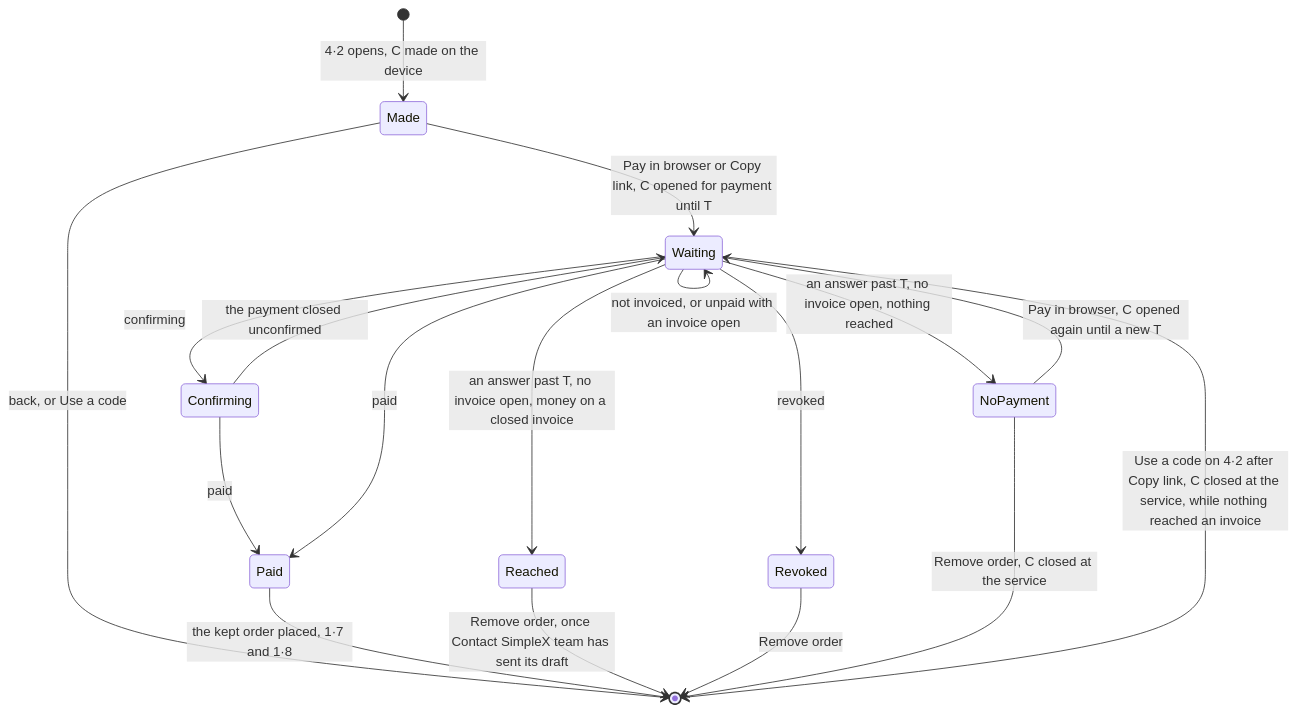
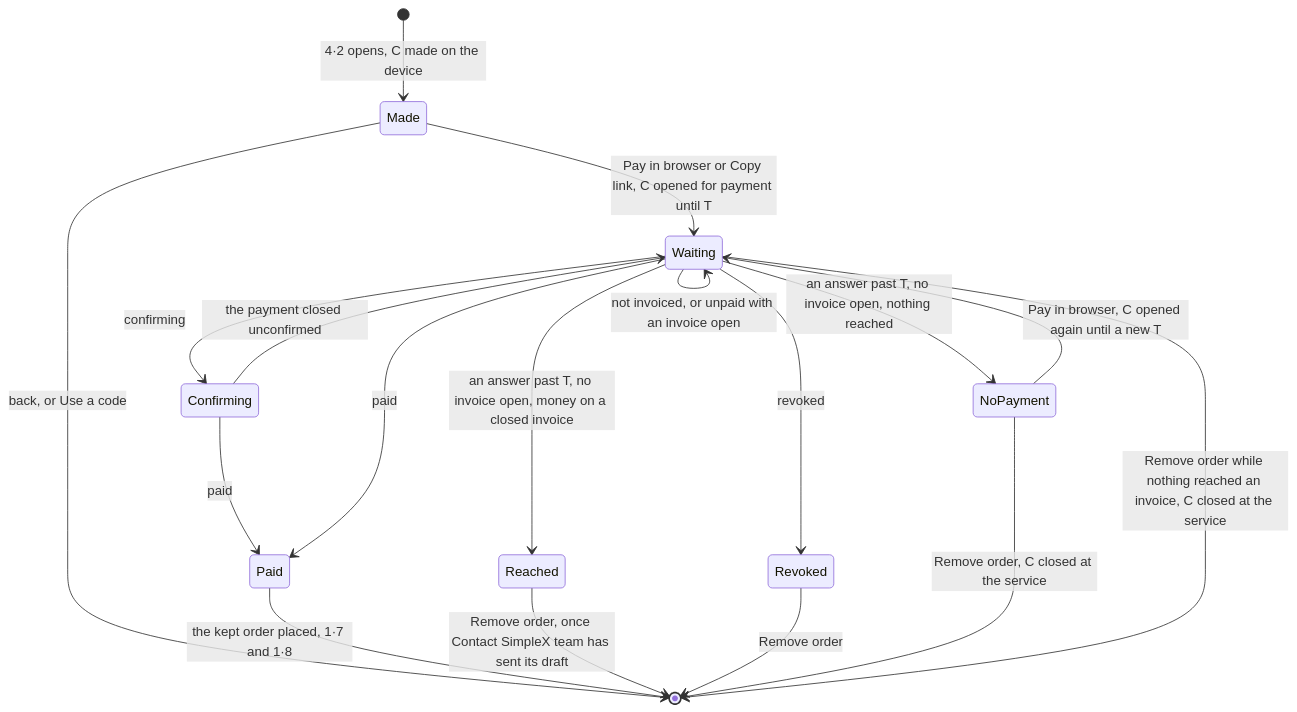
One commit to simplex-chat/simplex-chat changed diagram 11 of 12 in plans/2026-10-30-names-in-app-purchases.md. Above: the diagram before and after it, drawn with Mermaid. The commit also changed other lines of this file, not shown here.

````diff
--- a/plans/2026-10-30-names-in-app-purchases.md
+++ b/plans/2026-10-30-names-in-app-purchases.md
@@ -1136,20 +1135,20 @@
 ```mermaid
 stateDiagram-v2
   [*] --> Made: 4·2 opens, C made on the device
   Made --> [*]: back, or Use a code
   Made --> Waiting: Pay in browser or Copy link, C opened for payment until T
   Waiting --> Waiting: not invoiced, or unpaid with an invoice open
   Waiting --> Confirming: confirming
   Confirming --> Paid: paid
   Waiting --> Paid: paid
   Confirming --> Waiting: the payment closed unconfirmed
   Paid --> [*]: the kept order placed, 1·7 and 1·8
   Waiting --> Reached: an answer past T, no invoice open, money on a closed invoice
   Waiting --> NoPayment: an answer past T, no invoice open, nothing reached
   Waiting --> Revoked: revoked
   Reached --> [*]: Remove order, once Contact SimpleX team has sent its draft
   Revoked --> [*]: Remove order
   NoPayment --> Waiting: Pay in browser, C opened again until a new T
   NoPayment --> [*]: Remove order, C closed at the service
-  Waiting --> [*]: Use a code on 4·2 after Copy link, C closed at the service, while nothing reached an invoice
+  Waiting --> [*]: Remove order while nothing reached an invoice, C closed at the service
 ```
````
